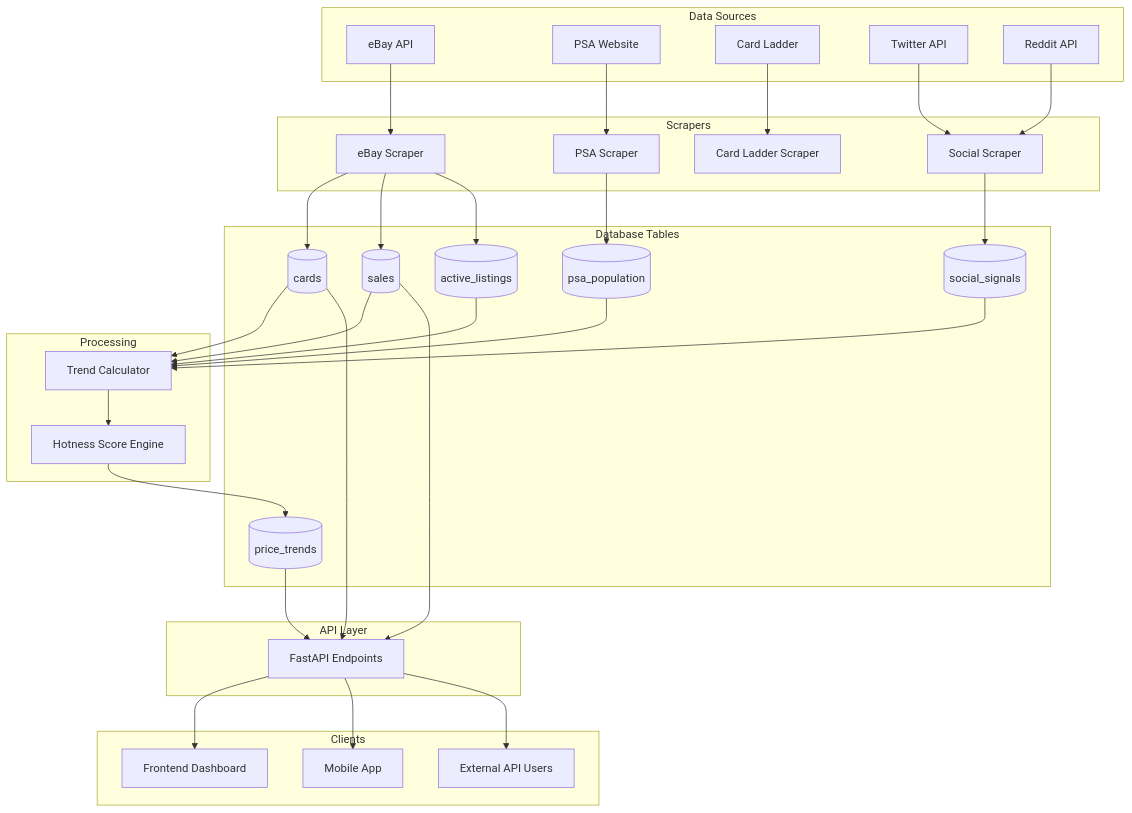
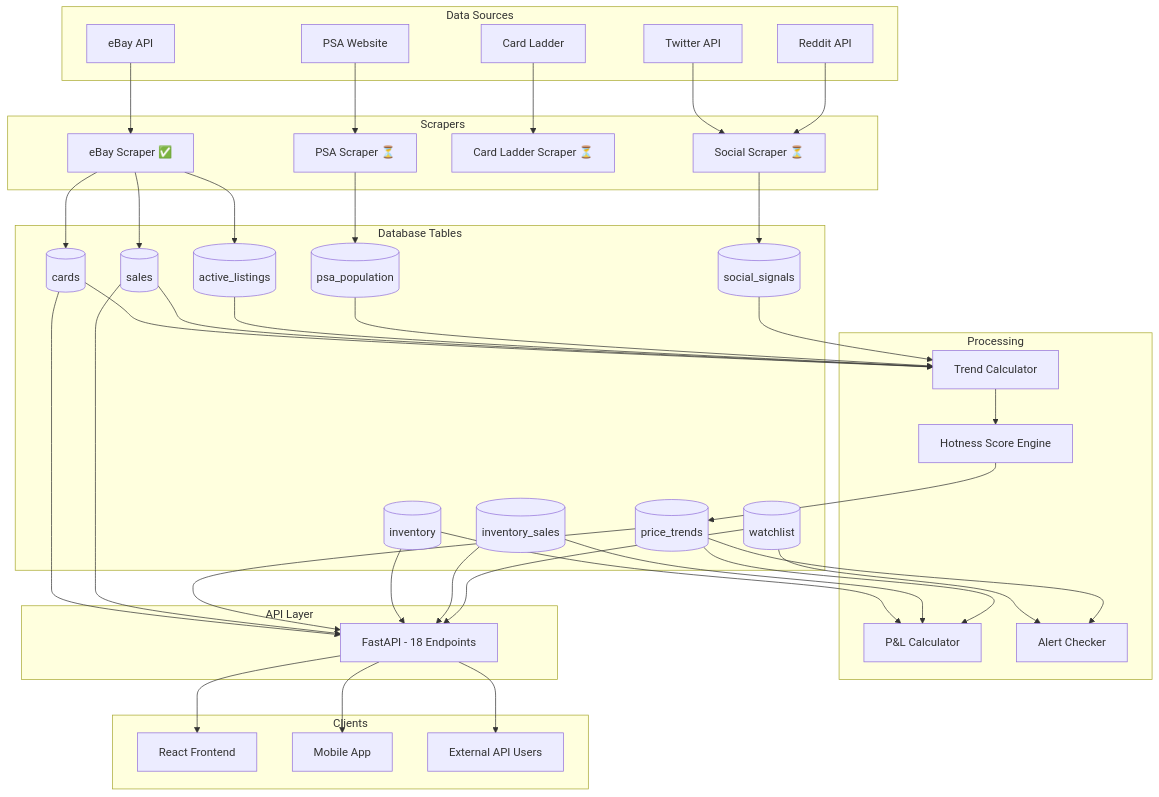
Before and after one commit to tweedledee101/TradingCards: the sixth of 8 diagrams in docs/architecture/diagrams/data-flow.md, drawn with Mermaid. The commit also changed other lines of this file and 42 other files, not shown here.

First line of the commit message:
feat: complete inventory system, watchlist, and documentation updates

```diff
--- a/docs/architecture/diagrams/data-flow.md
+++ b/docs/architecture/diagrams/data-flow.md
@@ -96,32 +162,37 @@
     end
     
     subgraph "Scrapers"
-        B1[eBay Scraper]
-        B2[PSA Scraper]
-        B3[Card Ladder Scraper]
-        B4[Social Scraper]
+        B1[eBay Scraper ✅]
+        B2[PSA Scraper ⏳]
+        B3[Card Ladder Scraper ⏳]
+        B4[Social Scraper ⏳]
     end
     
     subgraph "Database Tables"
         C1[(cards)]
         C2[(sales)]
         C3[(active_listings)]
-        C4[(psa_population)]
-        C5[(social_signals)]
-        C6[(price_trends)]
+        C4[(price_trends)]
+        C5[(inventory)]
+        C6[(inventory_sales)]
+        C7[(watchlist)]
+        C8[(psa_population)]
+        C9[(social_signals)]
     end
     
     subgraph "Processing"
         D1[Trend Calculator]
         D2[Hotness Score Engine]
+        D3[P&L Calculator]
+        D4[Alert Checker]
     end
     
     subgraph "API Layer"
-        E1[FastAPI Endpoints]
+        E1[FastAPI - 18 Endpoints]
     end
     
     subgraph "Clients"
-        F1[Frontend Dashboard]
+        F1[React Frontend]
         F2[Mobile App]
         F3[External API Users]
     end
@@ -135,21 +206,31 @@
     B1 --> C1
     B1 --> C2
     B1 --> C3
-    B2 --> C4
-    B4 --> C5
+    B2 --> C8
+    B4 --> C9
     
     C1 --> D1
     C2 --> D1
     C3 --> D1
-    C4 --> D1
-    C5 --> D1
+    C8 --> D1
+    C9 --> D1
     
     D1 --> D2
-    D2 --> C6
+    D2 --> C4
     
-    C6 --> E1
+    C5 --> D3
+    C6 --> D3
+    C4 --> D3
+    
+    C7 --> D4
+    C4 --> D4
+    
     C1 --> E1
     C2 --> E1
+    C4 --> E1
+    C5 --> E1
+    C6 --> E1
+    C7 --> E1
     
     E1 --> F1
     E1 --> F2
```
